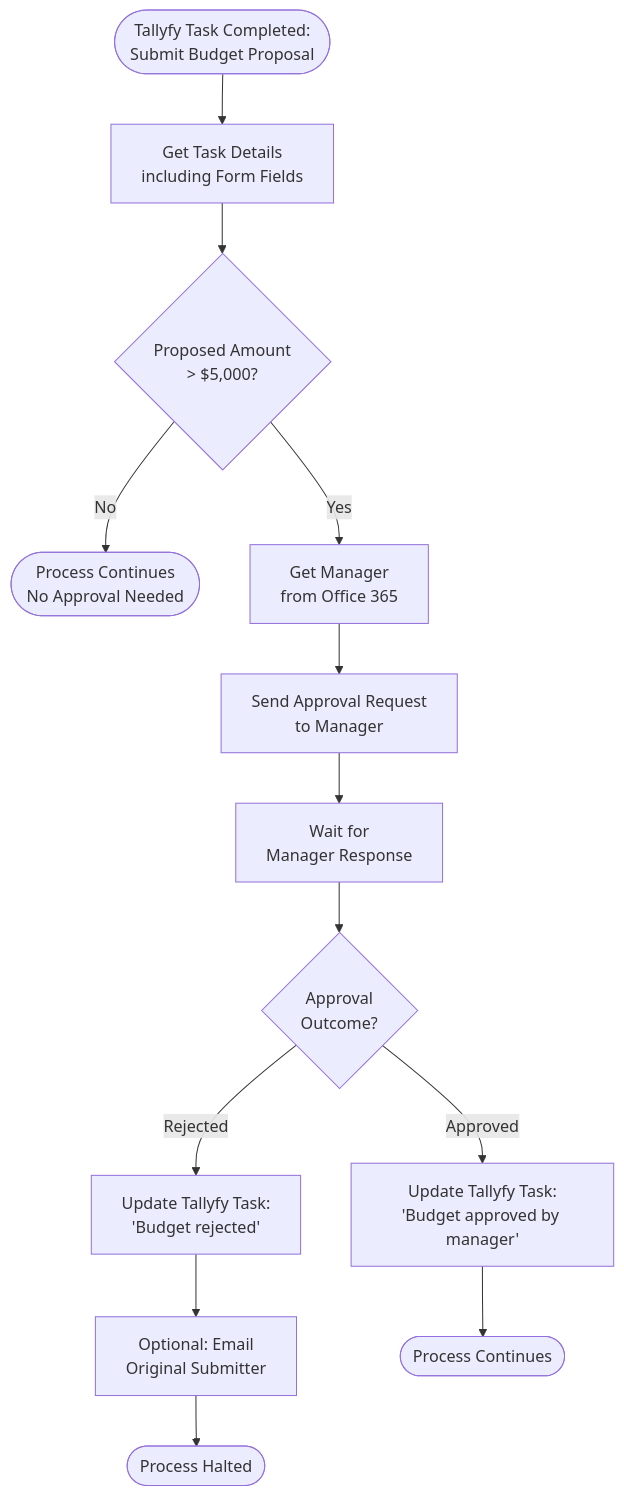
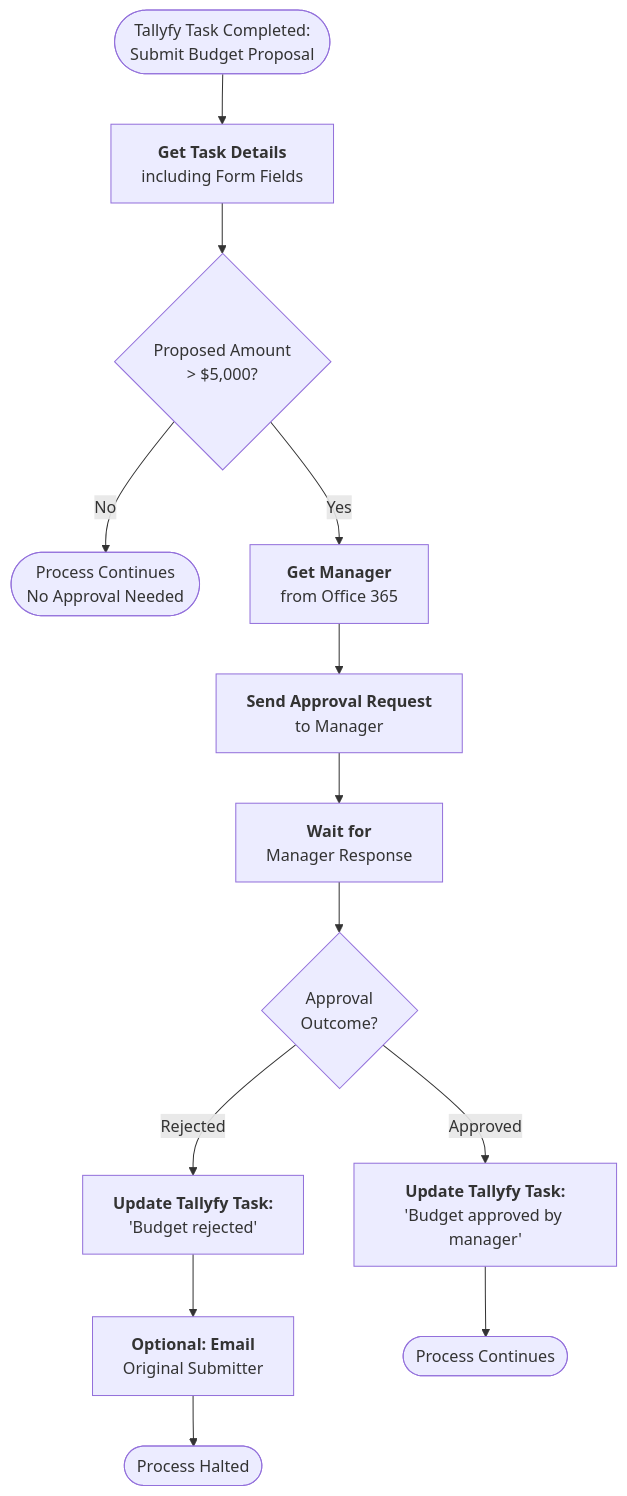
Before and after one commit to tallyfy/documentation: the diagram in src/content/docs/pro/integrations/middleware/power-automate/building-approval-workflows-with-power-automate.mdx, drawn with Mermaid. The commit also changed 22 other files, not shown here.

Commit message:
Adding changes to Mermaid

````diff
--- a/src/content/docs/pro/integrations/middleware/power-automate/building-approval-workflows-with-power-automate.mdx
+++ b/src/content/docs/pro/integrations/middleware/power-automate/building-approval-workflows-with-power-automate.mdx
@@ -46,25 +46,32 @@
 ```mermaid
 flowchart TD
-    Start([Tallyfy Task Completed:<br/>Submit Budget Proposal]) --> GetDetails[Get Task Details<br/>including Form Fields]
+    Start([Tallyfy Task Completed:<br/>Submit Budget Proposal]) --> GetDetails["`**Get Task Details**
+including Form Fields`"]
     GetDetails --> CheckAmount{Proposed Amount<br/>> $5,000?}
     
-    CheckAmount -->|No| End1([Process Continues<br/>No Approval Needed])
-    CheckAmount -->|Yes| GetManager[Get Manager<br/>from Office 365]
+    CheckAmount -->|"`No`"| End1([Process Continues<br/>No Approval Needed])
+    CheckAmount -->|"`Yes`"| GetManager["`**Get Manager**
+from Office 365`"]
     
-    GetManager --> SendApproval[Send Approval Request<br/>to Manager]
-    SendApproval --> WaitResponse[Wait for<br/>Manager Response]
+    GetManager --> SendApproval["`**Send Approval Request**
+to Manager`"]
+    SendApproval --> WaitResponse["`**Wait for**
+Manager Response`"]
     
     WaitResponse --> CheckOutcome{Approval<br/>Outcome?}
     
-    CheckOutcome -->|Approved| UpdateApproved[Update Tallyfy Task:<br/>'Budget approved by manager']
-    CheckOutcome -->|Rejected| UpdateRejected[Update Tallyfy Task:<br/>'Budget rejected']
+    CheckOutcome -->|"`Approved`"| UpdateApproved["`**Update Tallyfy Task:**
+'Budget approved by manager'`"]
+    CheckOutcome -->|"`Rejected`"| UpdateRejected["`**Update Tallyfy Task:**
+'Budget rejected'`"]
     
-    UpdateRejected --> EmailSubmitter[Optional: Email<br/>Original Submitter]
+    UpdateRejected --> EmailSubmitter["`**Optional: Email**
+Original Submitter`"]
     
     UpdateApproved --> End2([Process Continues])
     EmailSubmitter --> End3([Process Halted])
 
     
     click GetDetails "/products/pro/tracking-and-tasks/tasks/what-are-form-fields-in-tallyfy/" "Learn about form fields"
     click SendApproval "/products/pro/integrations/middleware/power-automate/integrating-power-automate-approvals-with-microsoft-teams/" "Teams integration"
 ```
````
